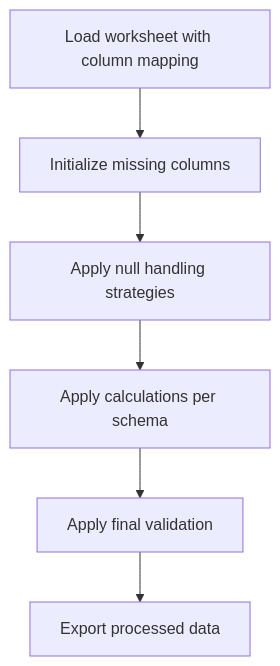
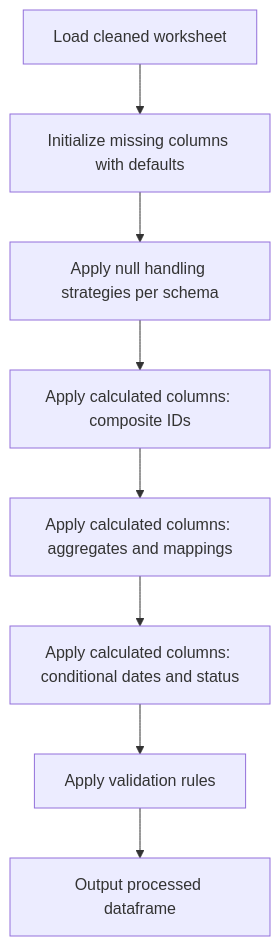
One commit to chinwarsoon/Engineering-and-Design changed the diagram in dcc/workflow/explaination/column_update_logic.md. Above: the diagram before and after it, drawn with Mermaid. The commit also changed other lines of this file, not shown here.

````diff
--- a/dcc/workflow/explaination/column_update_logic.md
+++ b/dcc/workflow/explaination/column_update_logic.md
@@ -7,8 +7,10 @@
 ```mermaid
 flowchart TD
-    A[Load worksheet with column mapping] --> B[Initialize missing columns]
-    B --> C[Apply null handling strategies]
-    C --> D[Apply calculations per schema]
-    D --> E[Apply final validation]
-    E --> F[Export processed data]
+    A[Load cleaned worksheet] --> B[Initialize missing columns with defaults]
+    B --> C[Apply null handling strategies per schema]
+    C --> D[Apply calculated columns: composite IDs]
+    D --> E[Apply calculated columns: aggregates and mappings]
+    E --> F[Apply calculated columns: conditional dates and status]
+    F --> G[Apply validation rules]
+    G --> H[Output processed dataframe]
 ```
````
